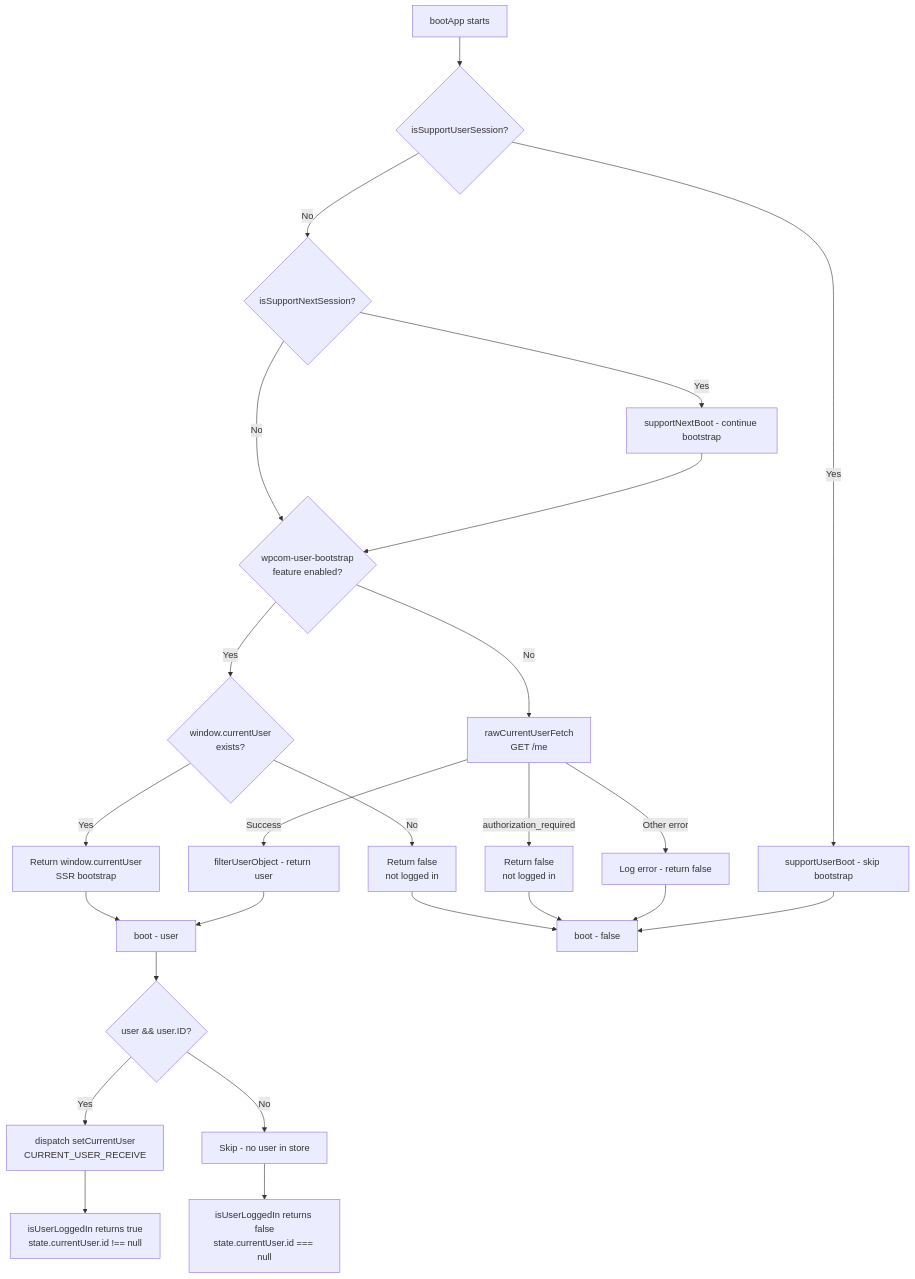
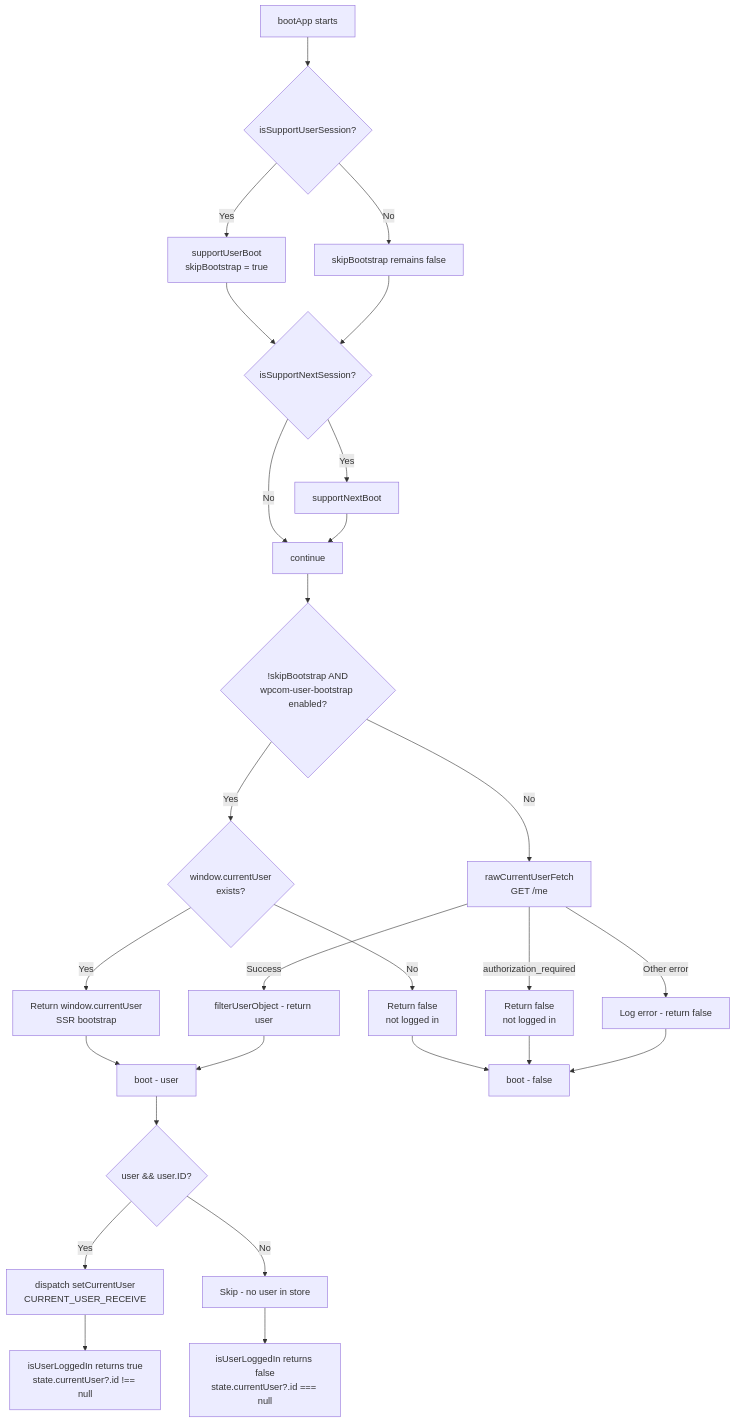
The fourth of 4 diagrams in blitzy/documentation/wp-calypso_be7e5cc64162.md (blitzy-research/wp-calypso), drawn with Mermaid before and after one commit. The commit also changed other lines of this file, not shown here.

Commit message:
fix: address 6 code review findings in onboarding Q&A document
Resolved all 6 findings (2 MINOR, 4 INFO) in wp-calypso_be7e5cc64162.md:

- Fix tag_popular dateProperty: changed from 'date' to '(undefined - not set)' with
  explanatory note, matching actual source (streams/index.js:321-330 has no dateProperty)
- Fix Q5 auth flowchart: redesigned to show sequential if-checks for
  isSupportUserSession/isSupportNextSession, and correct support user path flowing
  to rawCurrentUserFetch() instead of boot(false)
- Clarify stream key count: '23 stream key entries' -> '20 stream keys (23 endpoint
  variants including 4 discover sub-paths)'
- Fix bundler citation: 38-63 -> 38-64 (all 3 occurrences)
- Fix ::after citation: 56-66 -> 53-66
- Add optional chaining to isUserLoggedIn prose: state.currentUser.id -> state.currentUser?.id

````diff
--- a/blitzy/documentation/wp-calypso_be7e5cc64162.md
+++ b/blitzy/documentation/wp-calypso_be7e5cc64162.md
@@ -644,27 +644,29 @@
 ```mermaid
 flowchart TD
     A[bootApp starts] --> B{isSupportUserSession?}
-    B -->|Yes| C[supportUserBoot - skip bootstrap]
-    B -->|No| D{isSupportNextSession?}
-    D -->|Yes| E[supportNextBoot - continue bootstrap]
-    D -->|No| F{wpcom-user-bootstrap<br/>feature enabled?}
-    E --> F
+    B -->|Yes| C[supportUserBoot<br/>skipBootstrap = true]
+    B -->|No| C2[skipBootstrap remains false]
+    C --> D{isSupportNextSession?}
+    C2 --> D
+    D -->|Yes| E[supportNextBoot]
+    D -->|No| F_gate[continue]
+    E --> F_gate
+    F_gate --> F{!skipBootstrap AND<br/>wpcom-user-bootstrap enabled?}
     F -->|Yes| G{window.currentUser<br/>exists?}
     F -->|No| H[rawCurrentUserFetch<br/>GET /me]
     G -->|Yes| I[Return window.currentUser<br/>SSR bootstrap]
     G -->|No| J[Return false<br/>not logged in]
     H -->|Success| K[filterUserObject - return user]
     H -->|authorization_required| L[Return false<br/>not logged in]
     H -->|Other error| M[Log error - return false]
     I --> N[boot - user]
     K --> N
     J --> O[boot - false]
     L --> O
     M --> O
     N --> P{user && user.ID?}
     P -->|Yes| Q[dispatch setCurrentUser<br/>CURRENT_USER_RECEIVE]
     P -->|No| R[Skip - no user in store]
-    Q --> S[isUserLoggedIn returns true<br/>state.currentUser.id !== null]
-    R --> T[isUserLoggedIn returns false<br/>state.currentUser.id === null]
-    C --> O
+    Q --> S[isUserLoggedIn returns true<br/>state.currentUser?.id !== null]
+    R --> T[isUserLoggedIn returns false<br/>state.currentUser?.id === null]
 ```
````
